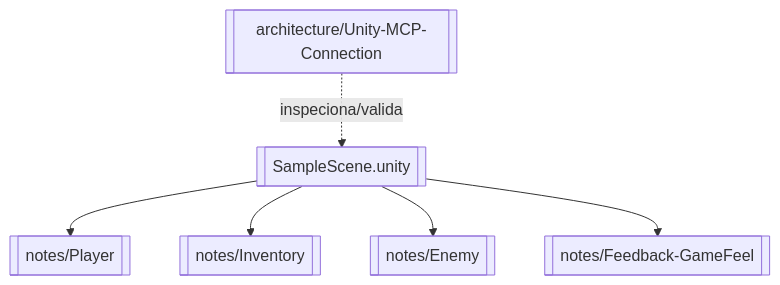
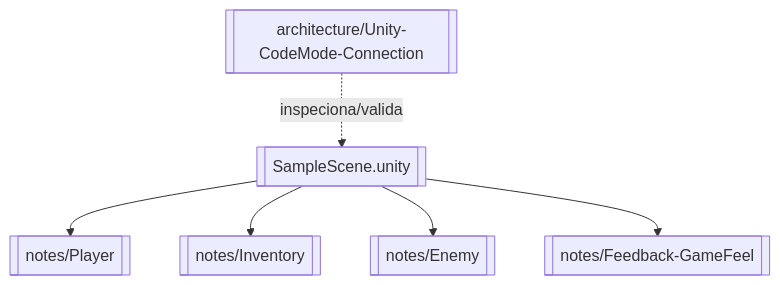
The diagram in docs/notes/World-Scenes.md (GabriBerp/ProjetoAction), drawn with Mermaid before and after one commit. The commit also changed other lines of this file and 18 other files, not shown here.

````diff
--- a/docs/notes/World-Scenes.md
+++ b/docs/notes/World-Scenes.md
@@ -31,10 +31,10 @@
 ```mermaid
 flowchart TD
     Scene[[SampleScene.unity]]
     Scene --> Player[[notes/Player]]
     Scene --> Inv[[notes/Inventory]]
     Scene --> Enemy[[notes/Enemy]]
     Scene --> FB[[notes/Feedback-GameFeel]]
 
-    Pipeline[[architecture/Unity-MCP-Connection]] -.->|inspeciona/valida| Scene
+    Pipeline[[architecture/Unity-CodeMode-Connection]] -.->|inspeciona/valida| Scene
 ```
````
